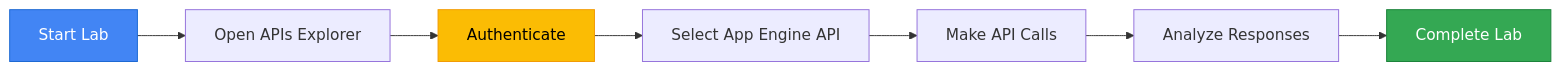
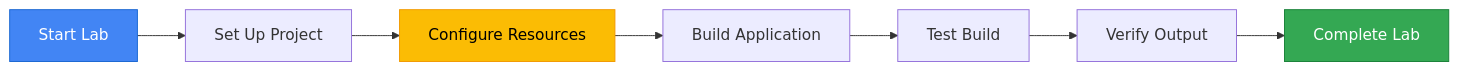
Before and after one commit to theeccentriccoder01/Google-Arcade-Labs-EduLinkUp1: the first of 4 diagrams in Arcade Hero- Building Blocks Cloud Run functions IV/EduLinkUp.md, drawn with Mermaid. The commit also changed other lines of this file and 263 other files, not shown here.

````diff
--- a/Arcade Hero- Building Blocks Cloud Run functions IV/EduLinkUp.md
+++ b/Arcade Hero- Building Blocks Cloud Run functions IV/EduLinkUp.md
@@ -16,13 +16,13 @@
 ```mermaid
 graph LR
-    A[Start Lab] --> B[Open APIs Explorer]
-    B --> C[Authenticate]
-    C --> D[Select App Engine API]
-    D --> E[Make API Calls]
-    E --> F[Analyze Responses]
+    A[Start Lab] --> B[Set Up Project]
+    B --> C[Configure Resources]
+    C --> D[Build Application]
+    D --> E[Test Build]
+    E --> F[Verify Output]
     F --> G[Complete Lab]
     
     style A fill:#4285F4,stroke:#1967D2,color:#fff
     style G fill:#34A853,stroke:#188038,color:#fff
     style C fill:#FBBC04,stroke:#F29900,color:#000
 ```
````
